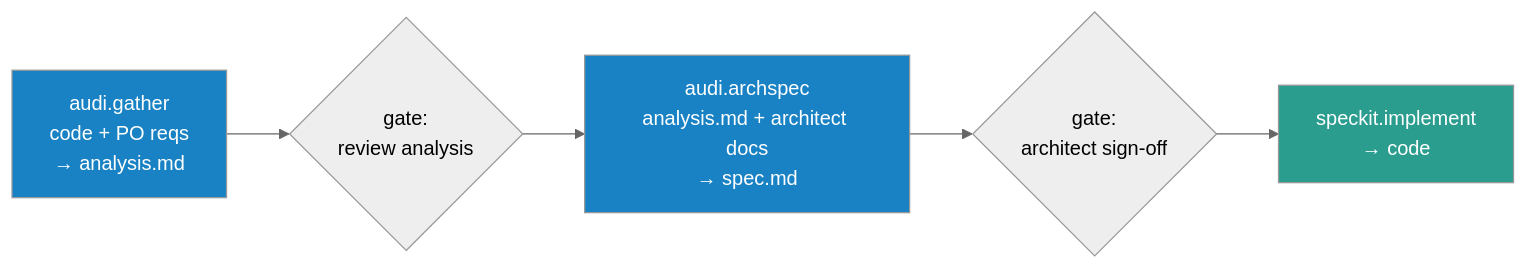
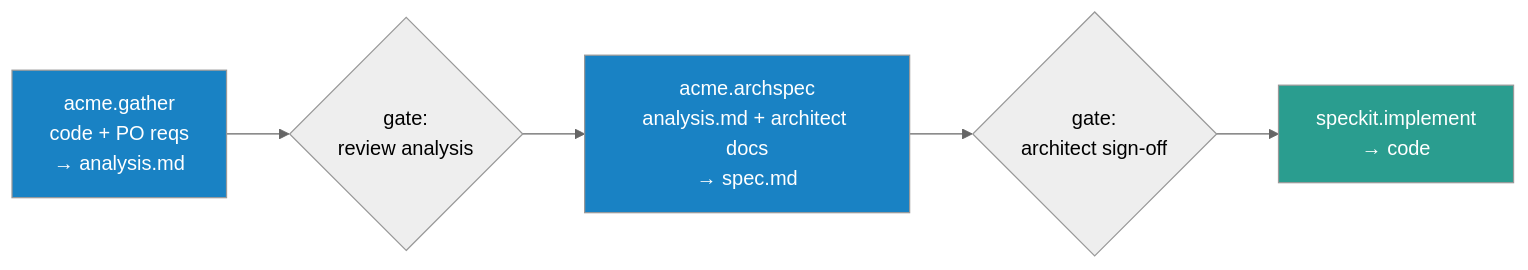
The fifth of 5 diagrams in SPECKIT-TEAM-GUIDE.md (cdandgey5/speckit-notes), drawn with Mermaid (neutral theme) before and after one commit. The commit also changed other lines of this file, not shown here.

Commit message:
Rename internal codename AUDI -> ACME placeholder

````diff
--- a/SPECKIT-TEAM-GUIDE.md
+++ b/SPECKIT-TEAM-GUIDE.md
@@ -585,10 +585,10 @@
 ```mermaid
 flowchart LR
-    G["audi.gather<br/>code + PO reqs<br/>→ analysis.md"] --> RA{gate:<br/>review analysis}
-    RA --> SP["audi.archspec<br/>analysis.md + architect docs<br/>→ spec.md"]
+    G["acme.gather<br/>code + PO reqs<br/>→ analysis.md"] --> RA{gate:<br/>review analysis}
+    RA --> SP["acme.archspec<br/>analysis.md + architect docs<br/>→ spec.md"]
     SP --> RS{gate:<br/>architect sign-off}
     RS --> IM["speckit.implement<br/>→ code"]
     style G fill:#1982c4,color:#fff
     style SP fill:#1982c4,color:#fff
     style IM fill:#2a9d8f,color:#fff
 ```
````
